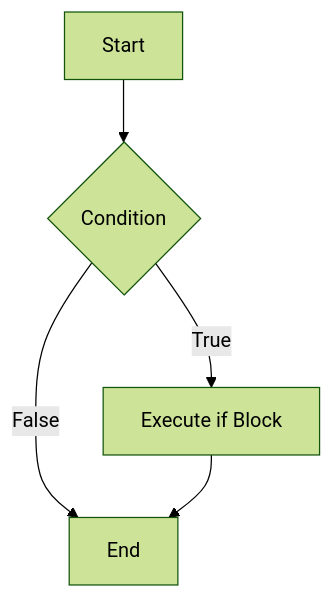
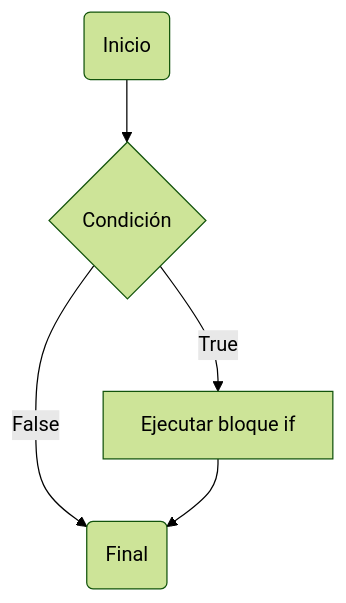
The second of 6 diagrams in Writerside/topics/Programacion.md (BiomedicLJZ/Bioinformatics2024), drawn with Mermaid (forest theme) before and after one commit. The commit also changed other lines of this file, not shown here.

````diff
--- a/Writerside/topics/Programacion.md
+++ b/Writerside/topics/Programacion.md
@@ -396,7 +401,7 @@
 ```mermaid
 graph TD
-A[Start] --> B{Condition}
-B -->|True| C[Execute if Block]
-B -->|False| D[End]
+A(Inicio) --> B{Condición}
+B -->|True| C[Ejecutar bloque if]
+B -->|False| D(Final)
 C --> D
 ```
````
